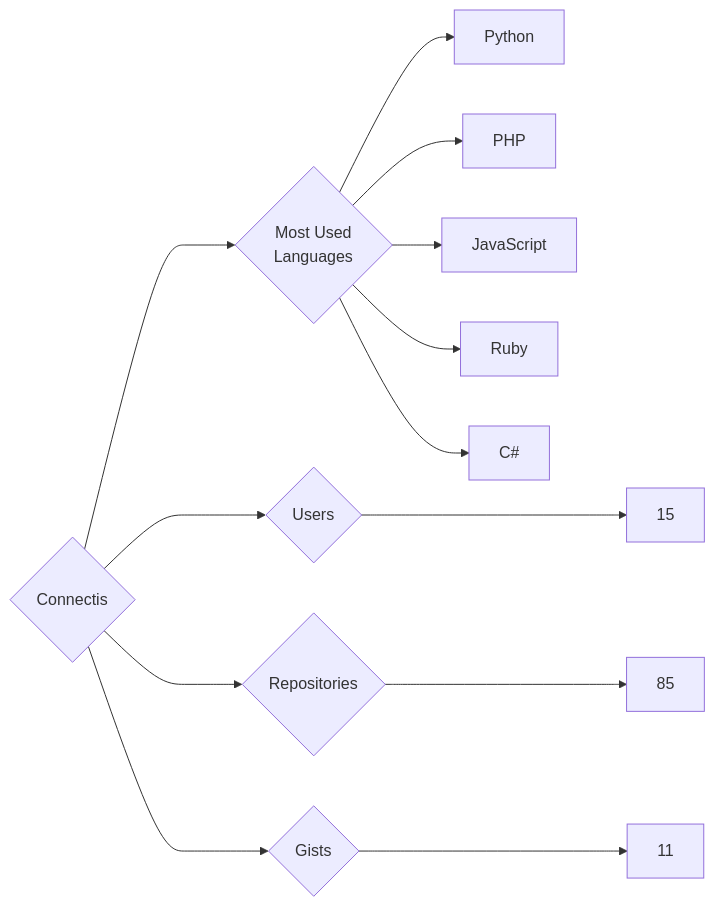
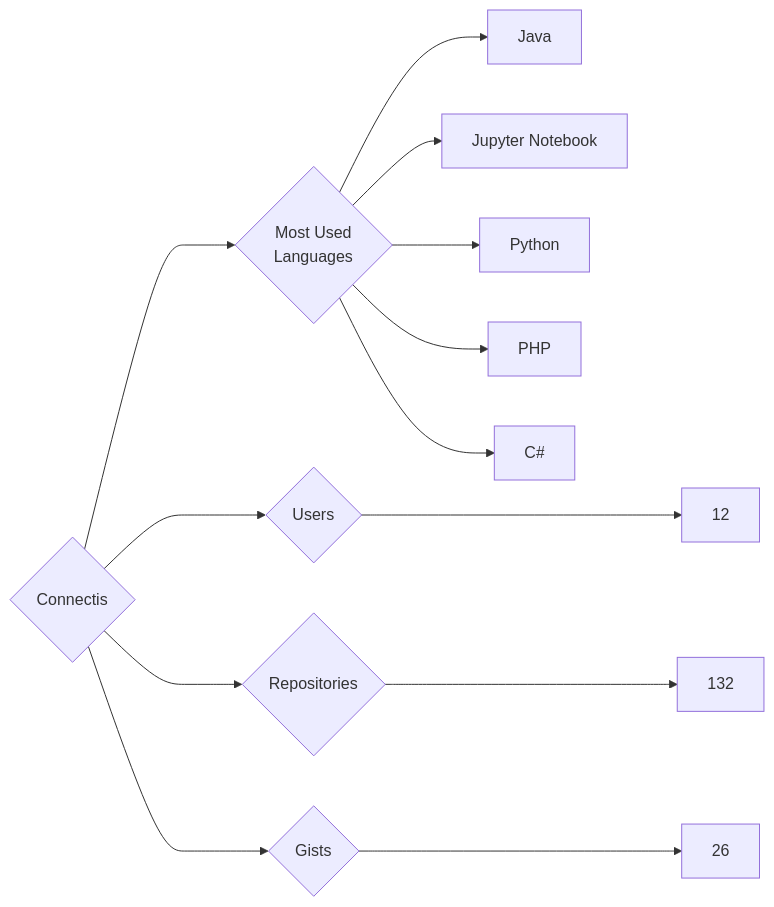
Before and after one commit to trickest/insiders: the diagram in targets/Connectis/README.md, drawn with Mermaid. The commit also changed 622 other files, not shown here.

````diff
--- a/targets/Connectis/README.md
+++ b/targets/Connectis/README.md
@@ -3,13 +3,13 @@
 ```mermaid
 graph LR
 COMPANY_NAME{Connectis}
-COMPANY_NAME ---> U{Users} ---> UN[15]
-COMPANY_NAME ---> R{Repositories} ---> RN[85]
-COMPANY_NAME ---> G{Gists} ---> GN[11]
+COMPANY_NAME ---> U{Users} ---> UN[12]
+COMPANY_NAME ---> R{Repositories} ---> RN[132]
+COMPANY_NAME ---> G{Gists} ---> GN[26]
 COMPANY_NAME ---> ML{Most Used<br>Languages}
+ML --> Java[Java]
+ML --> Jupyter_Notebook[Jupyter Notebook]
 ML --> Python[Python]
 ML --> PHP[PHP]
-ML --> JavaScript[JavaScript]
-ML --> Ruby[Ruby]
 ML --> C#[C#]
 ```
````
